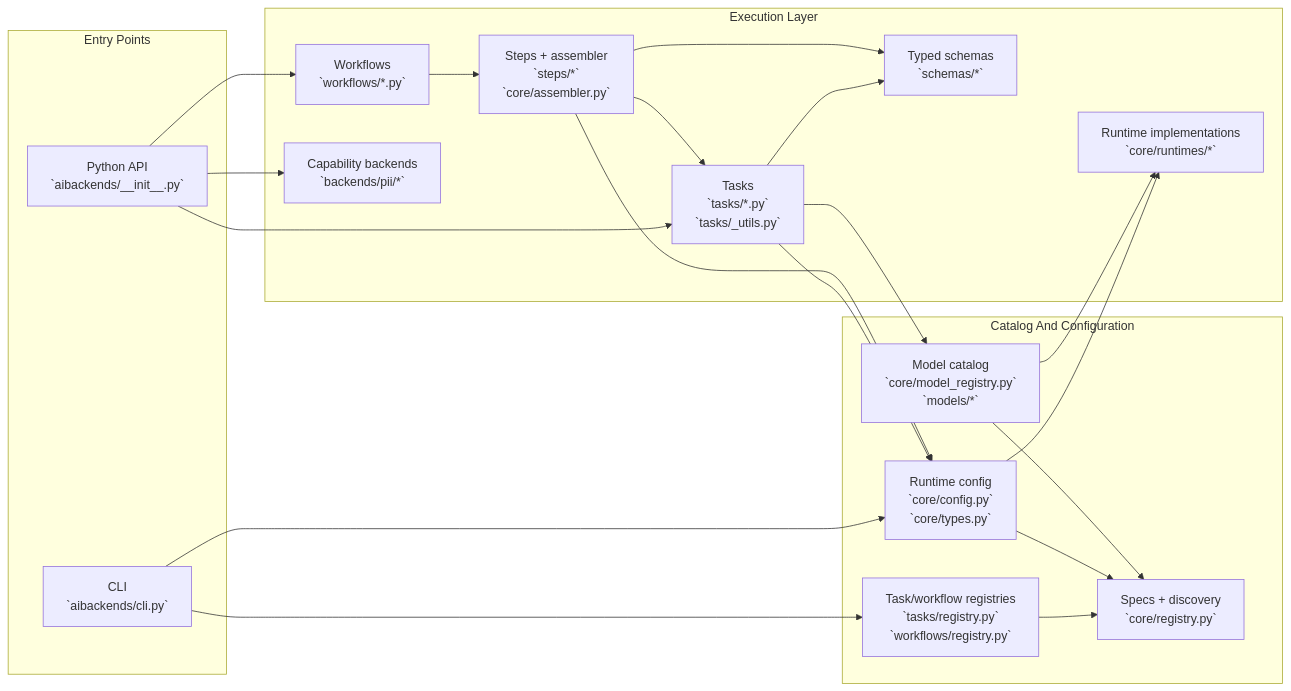
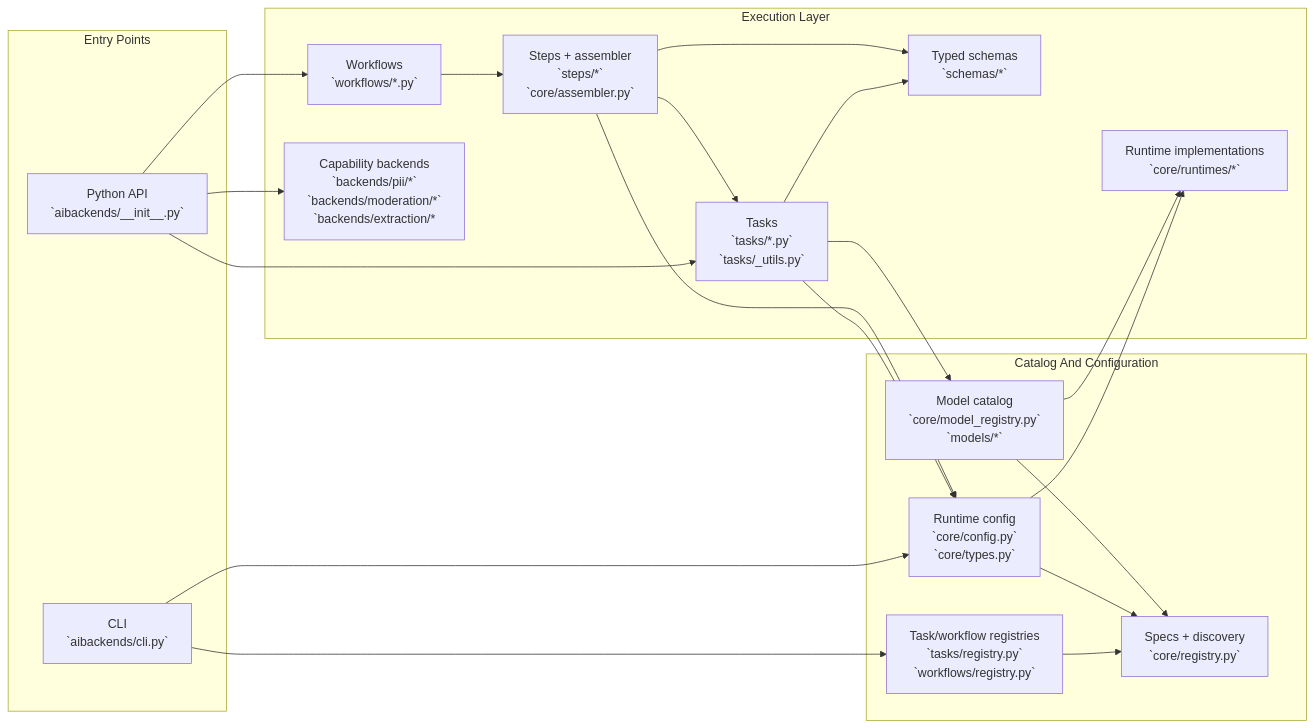
The diagram in docs/architecture.md (donvito/aibackends), drawn with Mermaid before and after one commit. The commit also changed other lines of this file and 33 other files, not shown here.

````diff
--- a/docs/architecture.md
+++ b/docs/architecture.md
@@ -23,41 +23,41 @@
 ```mermaid
 flowchart LR
   subgraph Entry["Entry Points"]
     API["Python API<br/>`aibackends/__init__.py`"]
     CLI["CLI<br/>`aibackends/cli.py`"]
   end
 
   subgraph Catalog["Catalog And Configuration"]
     Specs["Specs + discovery<br/>`core/registry.py`"]
     Config["Runtime config<br/>`core/config.py`<br/>`core/types.py`"]
     TaskWorkflow["Task/workflow registries<br/>`tasks/registry.py`<br/>`workflows/registry.py`"]
     Models["Model catalog<br/>`core/model_registry.py`<br/>`models/*`"]
   end
 
   subgraph Execution["Execution Layer"]
     Tasks["Tasks<br/>`tasks/*.py`<br/>`tasks/_utils.py`"]
     Workflows["Workflows<br/>`workflows/*.py`"]
     Steps["Steps + assembler<br/>`steps/*`<br/>`core/assembler.py`"]
     Runtimes["Runtime implementations<br/>`core/runtimes/*`"]
     Schemas["Typed schemas<br/>`schemas/*`"]
-    Backends["Capability backends<br/>`backends/pii/*`"]
+    Backends["Capability backends<br/>`backends/pii/*`<br/>`backends/moderation/*`<br/>`backends/extraction/*"]
   end
 
   API --> Tasks
   API --> Workflows
   API --> Backends
   CLI --> TaskWorkflow
   CLI --> Config
   TaskWorkflow --> Specs
   Tasks --> Config
   Tasks --> Models
   Tasks --> Schemas
   Workflows --> Steps
   Steps --> Tasks
   Steps --> Config
   Steps --> Schemas
   Config --> Specs
   Config --> Runtimes
   Models --> Specs
   Models --> Runtimes
 ```
````
